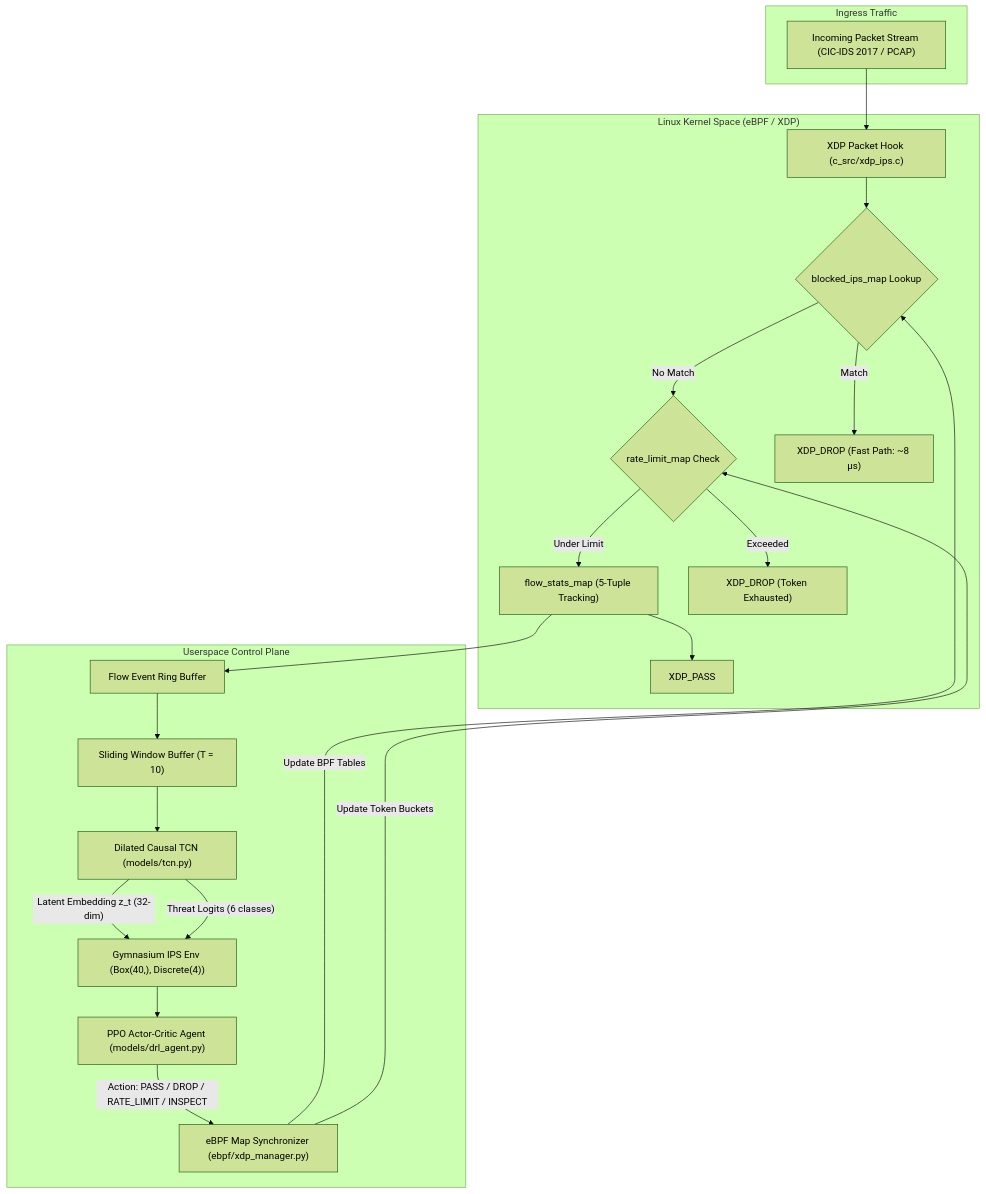
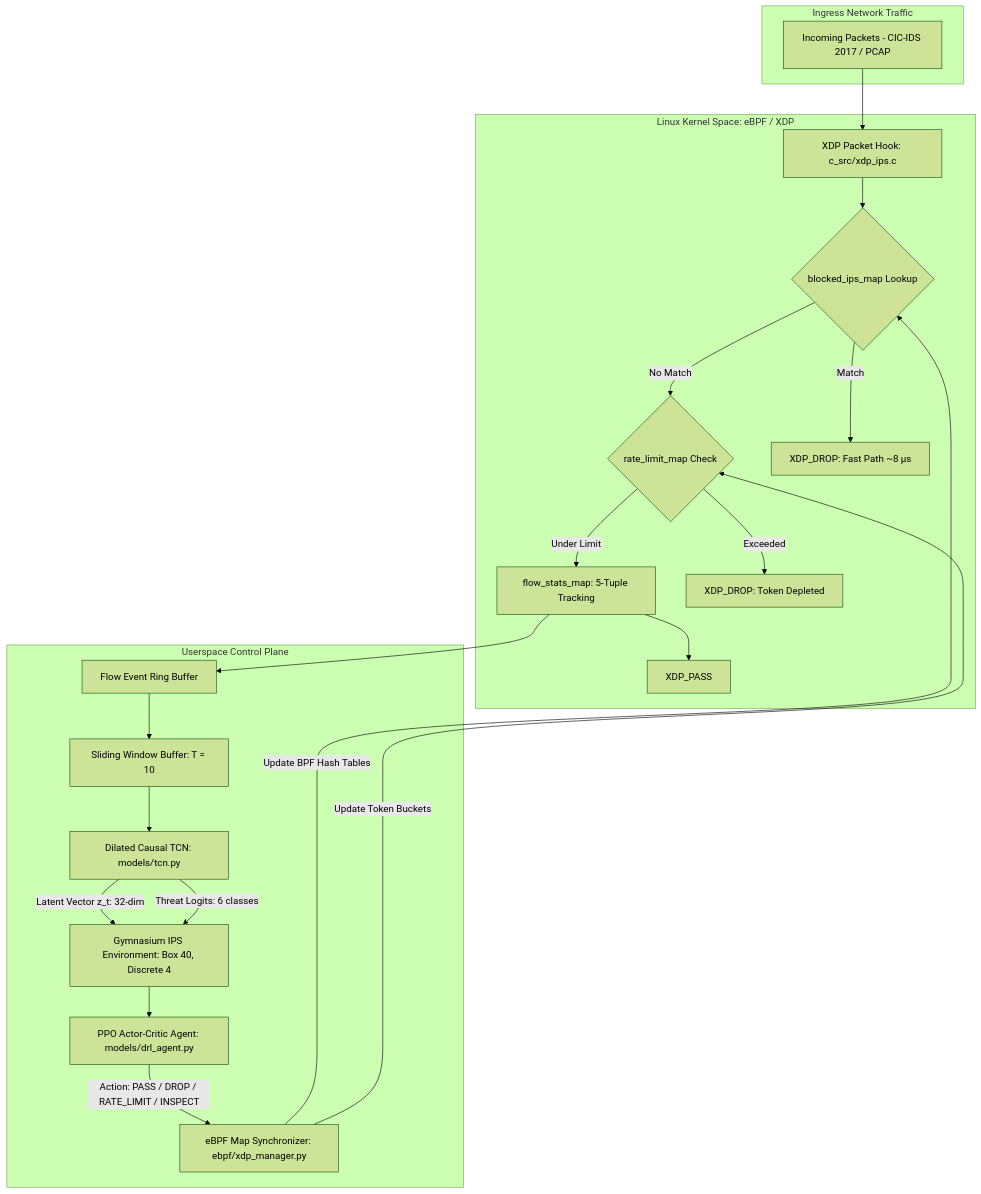
One commit to Soknocked112/SENTRIX changed the diagram in README.md. Above: the diagram before and after it, drawn with Mermaid (forest theme). The commit also changed other lines of this file and 4 other files, not shown here.

````diff
--- a/README.md
+++ b/README.md
@@ -46,42 +29,42 @@
 ```mermaid
 flowchart TD
-    subgraph Ingress["Ingress Traffic"]
-        PKT["Incoming Packet Stream (CIC-IDS 2017 / PCAP)"]
+    subgraph Ingress[Ingress Network Traffic]
+        PKT[Incoming Packets - CIC-IDS 2017 / PCAP]
     end
 
-    subgraph KernelSpace["Linux Kernel Space (eBPF / XDP)"]
-        XDP["XDP Packet Hook (c_src/xdp_ips.c)"]
-        BMAP{"blocked_ips_map Lookup"}
-        RLMAP{"rate_limit_map Check"}
-        FLOWMAP["flow_stats_map (5-Tuple Tracking)"]
-        DROP1["XDP_DROP (Fast Path: ~8 µs)"]
-        DROP2["XDP_DROP (Token Exhausted)"]
-        PASS1["XDP_PASS"]
+    subgraph KernelSpace[Linux Kernel Space: eBPF / XDP]
+        XDP[XDP Packet Hook: c_src/xdp_ips.c]
+        BMAP{blocked_ips_map Lookup}
+        RLMAP{rate_limit_map Check}
+        FLOWMAP[flow_stats_map: 5-Tuple Tracking]
+        DROP1[XDP_DROP: Fast Path ~8 µs]
+        DROP2[XDP_DROP: Token Depleted]
+        PASS1[XDP_PASS]
     end
 
-    subgraph ControlPlane["Userspace Control Plane"]
-        RING["Flow Event Ring Buffer"]
-        BUF["Sliding Window Buffer (T = 10)"]
-        TCN["Dilated Causal TCN (models/tcn.py)"]
-        ENV["Gymnasium IPS Env (Box(40,), Discrete(4))"]
-        PPO["PPO Actor-Critic Agent (models/drl_agent.py)"]
-        SYNC["eBPF Map Synchronizer (ebpf/xdp_manager.py)"]
+    subgraph ControlPlane[Userspace Control Plane]
+        RING[Flow Event Ring Buffer]
+        BUF[Sliding Window Buffer: T = 10]
+        TCN[Dilated Causal TCN: models/tcn.py]
+        ENV[Gymnasium IPS Environment: Box 40, Discrete 4]
+        PPO[PPO Actor-Critic Agent: models/drl_agent.py]
+        SYNC[eBPF Map Synchronizer: ebpf/xdp_manager.py]
     end
 
     PKT --> XDP
     XDP --> BMAP
-    BMAP -- "Match" --> DROP1
-    BMAP -- "No Match" --> RLMAP
-    RLMAP -- "Exceeded" --> DROP2
-    RLMAP -- "Under Limit" --> FLOWMAP
+    BMAP -- Match --> DROP1
+    BMAP -- No Match --> RLMAP
+    RLMAP -- Exceeded --> DROP2
+    RLMAP -- Under Limit --> FLOWMAP
     FLOWMAP --> PASS1
     FLOWMAP --> RING
     RING --> BUF
     BUF --> TCN
-    TCN -- "Latent Embedding z_t (32-dim)" --> ENV
-    TCN -- "Threat Logits (6 classes)" --> ENV
+    TCN -- Latent Vector z_t: 32-dim --> ENV
+    TCN -- Threat Logits: 6 classes --> ENV
     ENV --> PPO
-    PPO -- "Action: PASS / DROP / RATE_LIMIT / INSPECT" --> SYNC
-    SYNC -- "Update BPF Tables" --> BMAP
-    SYNC -- "Update Token Buckets" --> RLMAP
+    PPO -- Action: PASS / DROP / RATE_LIMIT / INSPECT --> SYNC
+    SYNC -- Update BPF Hash Tables --> BMAP
+    SYNC -- Update Token Buckets --> RLMAP
 ```
````
